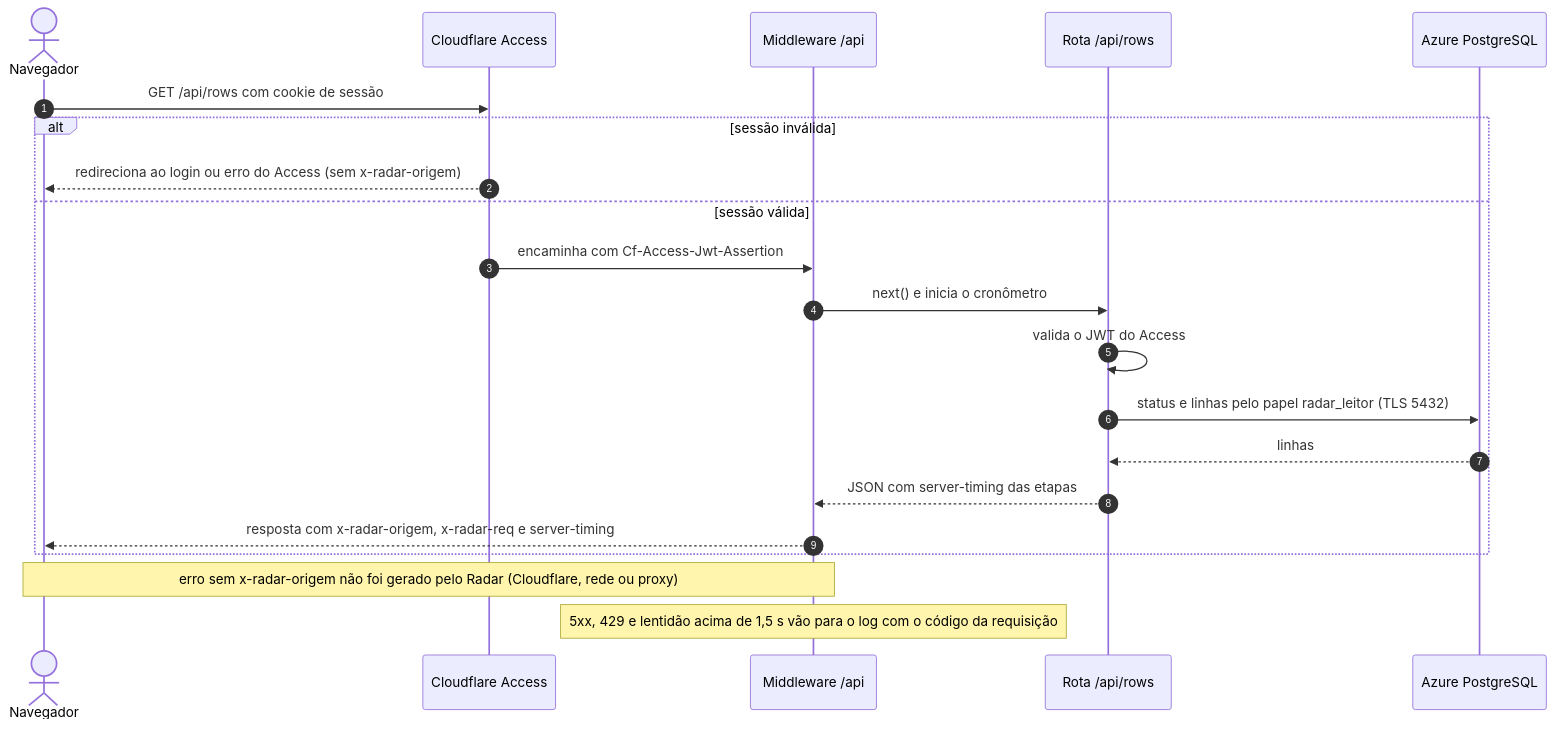
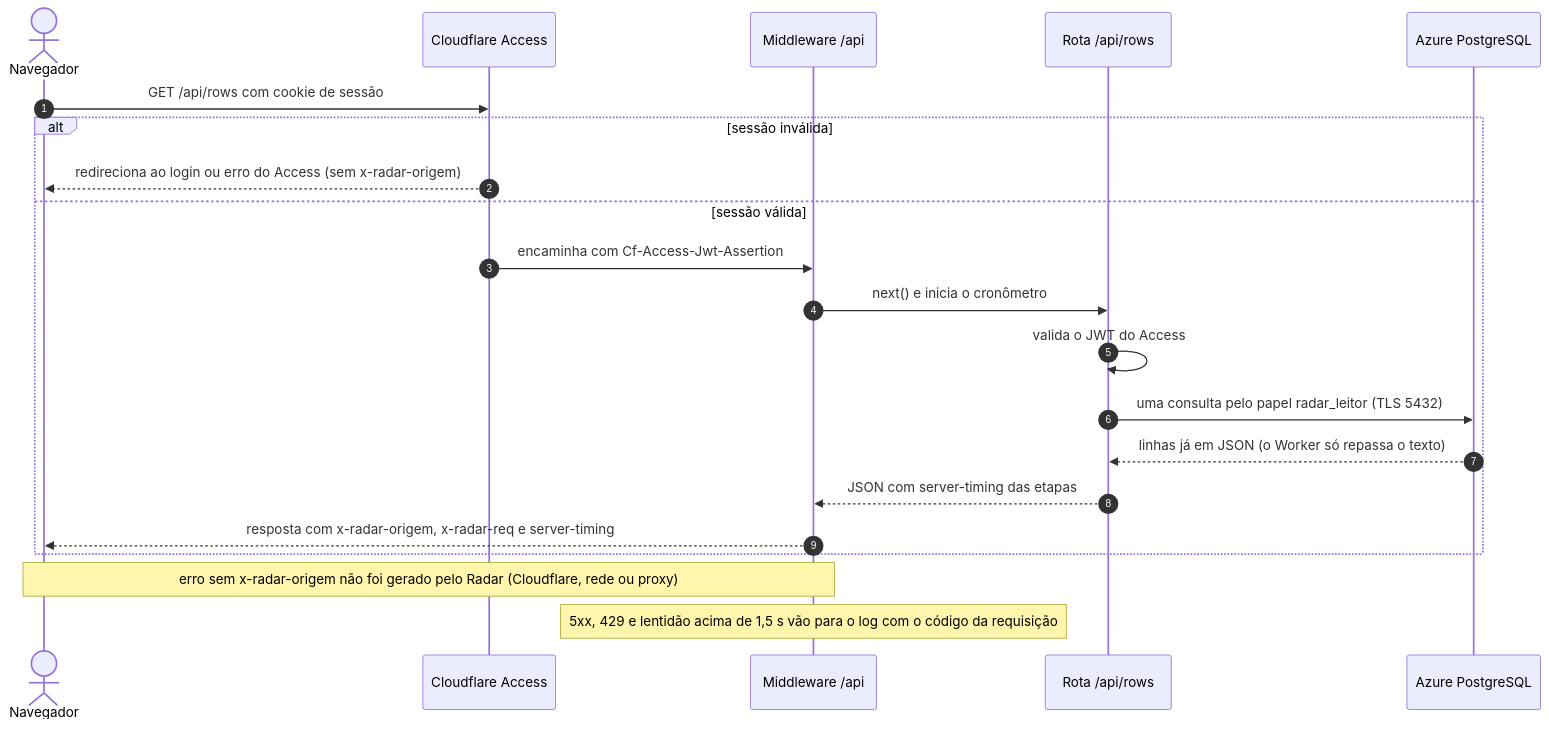
Before and after one commit to agentanalisedegoverno-svg/dashboard-metrics-team: diagram 25 of 25 in docs/DIAGRAMAS.md, drawn with Mermaid. The commit also changed 11 other files, not shown here.

First line of the commit message:
perf(painel): o Postgres devolve as linhas ja em JSON e o Worker so repassa (menos CPU no plano gratuito)

````diff
--- a/docs/DIAGRAMAS.md
+++ b/docs/DIAGRAMAS.md
@@ -1103,24 +1103,24 @@
 ```mermaid
 sequenceDiagram
   autonumber
   actor U as Navegador
   participant AC as Cloudflare Access
   participant MW as Middleware /api
   participant RT as Rota /api/rows
   participant DB as Azure PostgreSQL
 
   U->>AC: GET /api/rows com cookie de sessão
   alt sessão inválida
     AC-->>U: redireciona ao login ou erro do Access (sem x-radar-origem)
   else sessão válida
     AC->>MW: encaminha com Cf-Access-Jwt-Assertion
     MW->>RT: next() e inicia o cronômetro
     RT->>RT: valida o JWT do Access
-    RT->>DB: status e linhas pelo papel radar_leitor (TLS 5432)
-    DB-->>RT: linhas
+    RT->>DB: uma consulta pelo papel radar_leitor (TLS 5432)
+    DB-->>RT: linhas já em JSON (o Worker só repassa o texto)
     RT-->>MW: JSON com server-timing das etapas
     MW-->>U: resposta com x-radar-origem, x-radar-req e server-timing
   end
   Note over U,MW: erro sem x-radar-origem não foi gerado pelo Radar (Cloudflare, rede ou proxy)
   Note over MW: 5xx, 429 e lentidão acima de 1,5 s vão para o log com o código da requisição
 ```
````
